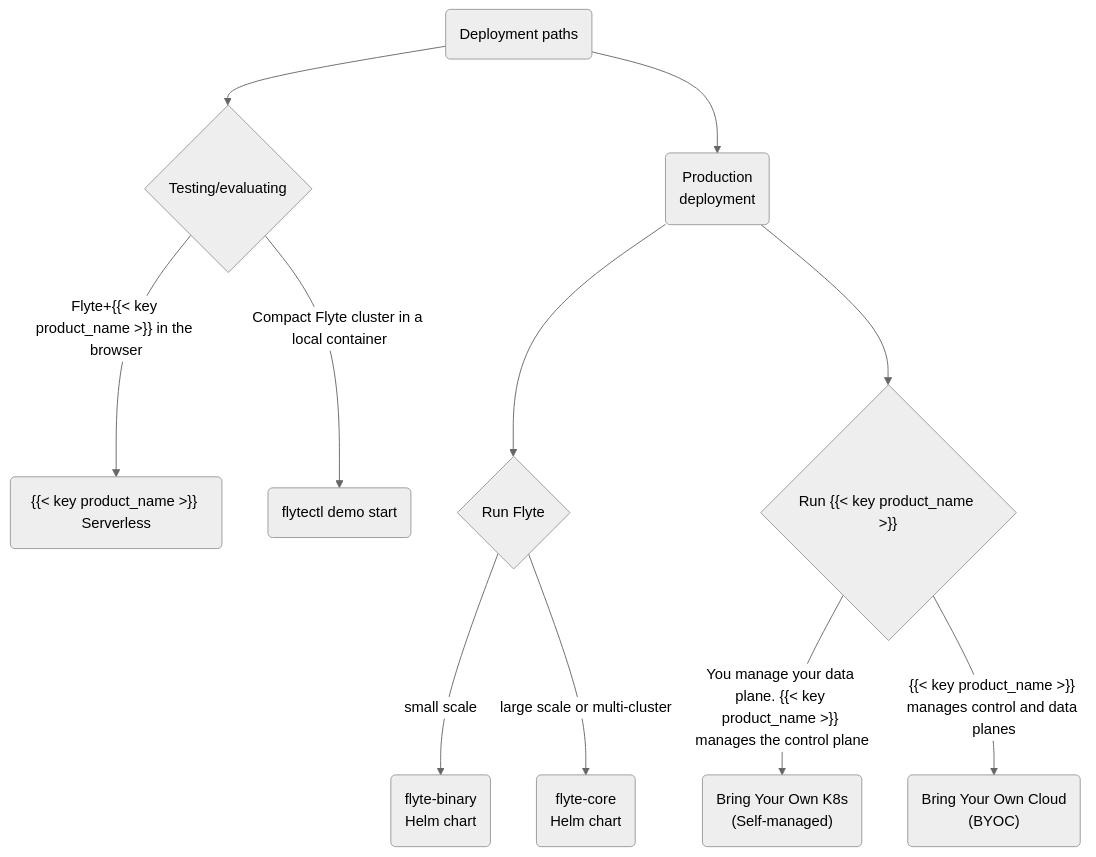
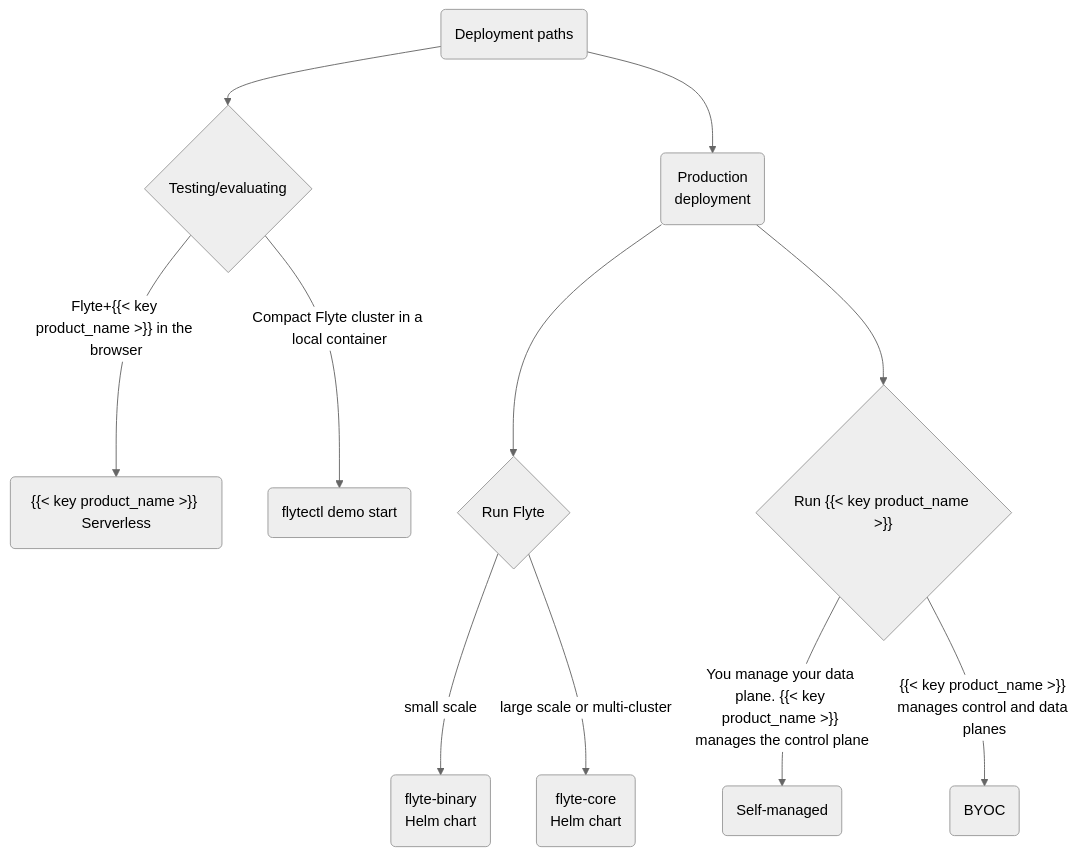
One commit to unionai/unionai-docs changed the diagram in content/deployment/_index.md. Above: the diagram before and after it, drawn with Mermaid (neutral theme). The commit also changed 3 other files, not shown here.

````diff
--- a/content/deployment/_index.md
+++ b/content/deployment/_index.md
@@ -55,22 +55,22 @@
 ```mermaid
 flowchart TD
     A("Deployment paths") --> n1["Testing/evaluating"] & n4["Production <br>deployment"]
     n1 -- Flyte+{{< key product_name >}} in the browser --> n2["{{< key product_name >}} Serverless<br>"]
     n1 -- Compact Flyte cluster in a local container --> n3["flytectl demo start<br>"]
     n4 --> n5["Run Flyte"] & n8["Run {{< key product_name >}}"]
     n5 -- small scale --> n6["flyte-binary<br>Helm chart"]
     n5 -- large scale or multi-cluster --> n7["flyte-core<br>Helm chart"]
-    n8 -- "You manage your data plane. {{< key product_name >}} manages the control plane" --> n9["Bring Your Own K8s<br>(Self-managed)"]
-    n8 -- {{< key product_name >}} manages control and data planes --> n10["Bring Your Own Cloud<br>(BYOC)"]
+    n8 -- "You manage your data plane. {{< key product_name >}} manages the control plane" --> n9["Self-managed"]
+    n8 -- {{< key product_name >}} manages control and data planes --> n10["BYOC"]
 
     n1@{ shape: diam}
     n4@{ shape: rounded}
     n2@{ shape: rounded}
     n3@{ shape: rounded}
     n5@{ shape: diam}
     n8@{ shape: diam}
     n6@{ shape: rounded}
     n7@{ shape: rounded}
     n9@{ shape: rounded}
     n10@{ shape: rounded}
 ```
````
